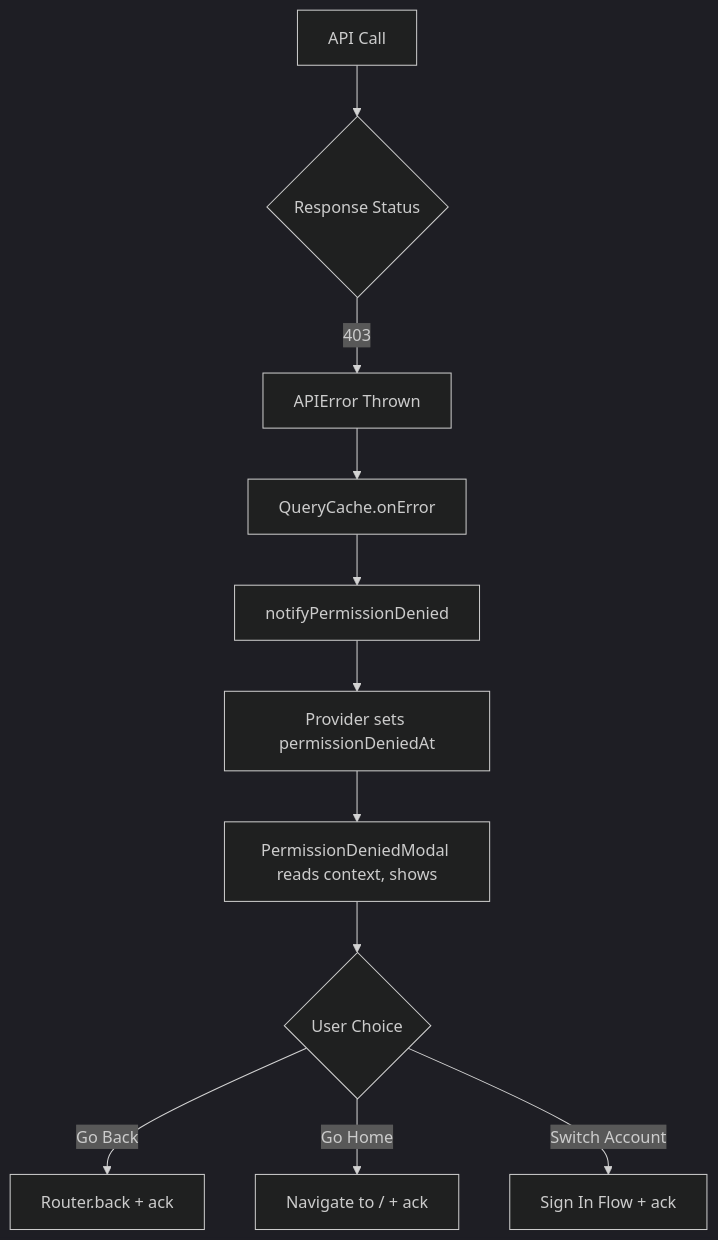
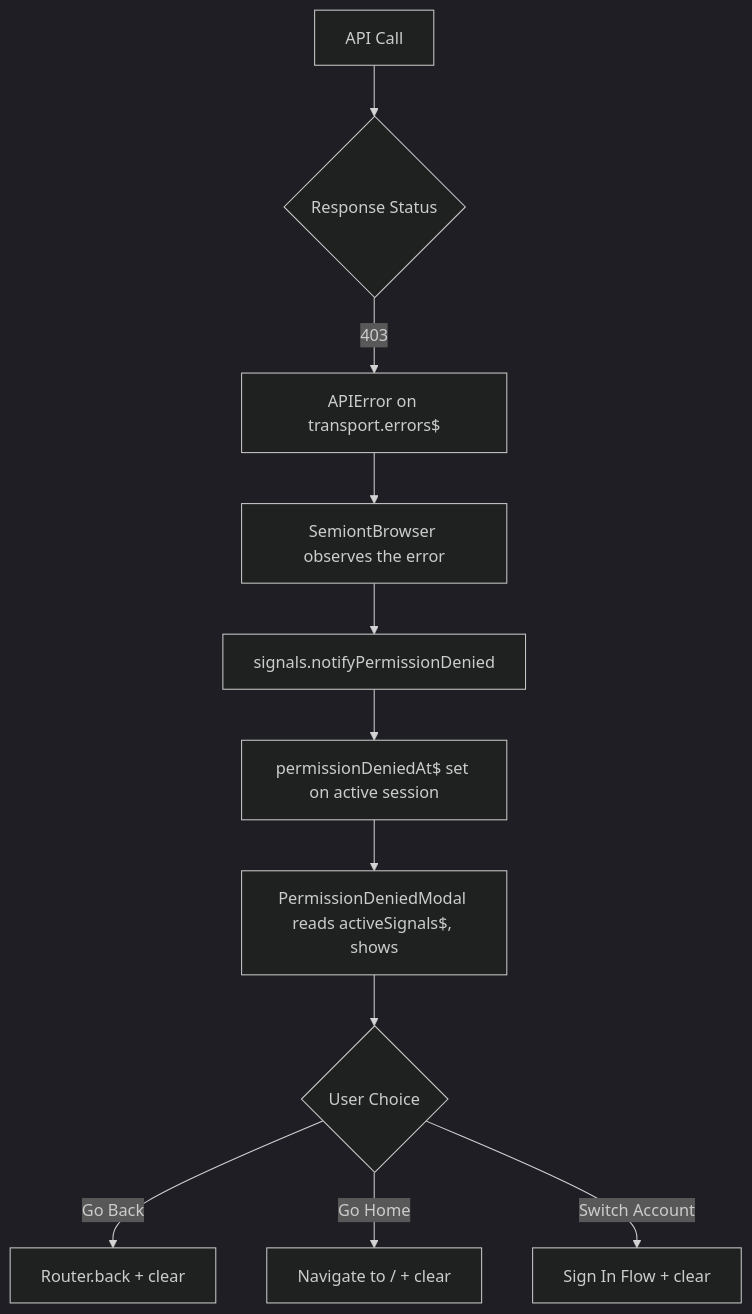
The diagram in apps/frontend/docs/AUTHORIZATION.md (The-AI-Alliance/semiont), drawn with Mermaid (dark theme) before and after one commit. The commit also changed other lines of this file and 31 other files, not shown here.

````diff
--- a/apps/frontend/docs/AUTHORIZATION.md
+++ b/apps/frontend/docs/AUTHORIZATION.md
@@ -59,13 +60,13 @@
 ```mermaid
 flowchart TD
     A[API Call] --> B{Response Status}
-    B -->|403| C[APIError Thrown]
-    C --> D[QueryCache.onError]
-    D --> E[notifyPermissionDenied]
-    E --> F[Provider sets permissionDeniedAt]
-    F --> G[PermissionDeniedModal reads context, shows]
+    B -->|403| C[APIError on transport.errors$]
+    C --> D[SemiontBrowser observes the error]
+    D --> E[signals.notifyPermissionDenied]
+    E --> F[permissionDeniedAt$ set on active session]
+    F --> G[PermissionDeniedModal reads activeSignals$, shows]
     G --> H{User Choice}
-    H -->|Go Back| I[Router.back + ack]
-    H -->|Go Home| J[Navigate to / + ack]
-    H -->|Switch Account| K[Sign In Flow + ack]
+    H -->|Go Back| I[Router.back + clear]
+    H -->|Go Home| J[Navigate to / + clear]
+    H -->|Switch Account| K[Sign In Flow + clear]
 ```
````
